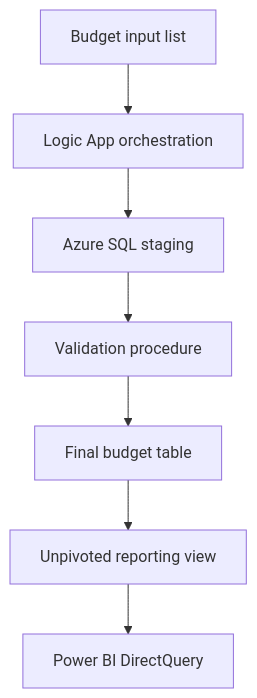
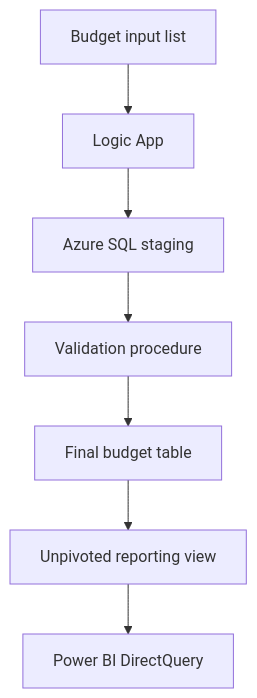
The diagram in projects/budget-data-integration-automation/README.md (Shashidhara-KB/data-engineering-genai-portfolio), drawn with Mermaid before and after one commit. The commit also changed other lines of this file, not shown here.

Commit message:
Rewrite budget integration project documentation

````diff
--- a/projects/budget-data-integration-automation/README.md
+++ b/projects/budget-data-integration-automation/README.md
@@ -9,9 +11,9 @@
 ```mermaid
 flowchart TD
-    A[Budget input list] --> B[Logic App orchestration]
-    B --> C[Azure SQL staging]
-    C --> D[Validation procedure]
-    D --> E[Final budget table]
-    E --> F[Unpivoted reporting view]
-    F --> G[Power BI DirectQuery]
+    A["Budget input list"] --> B["Logic App"]
+    B --> C["Azure SQL staging"]
+    C --> D["Validation procedure"]
+    D --> E["Final budget table"]
+    E --> F["Unpivoted reporting view"]
+    F --> G["Power BI DirectQuery"]
 ```
````
